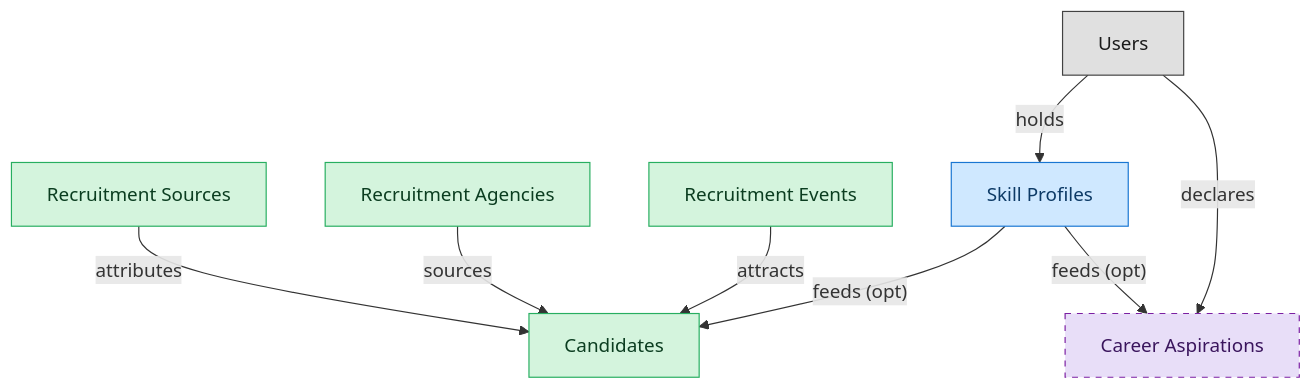
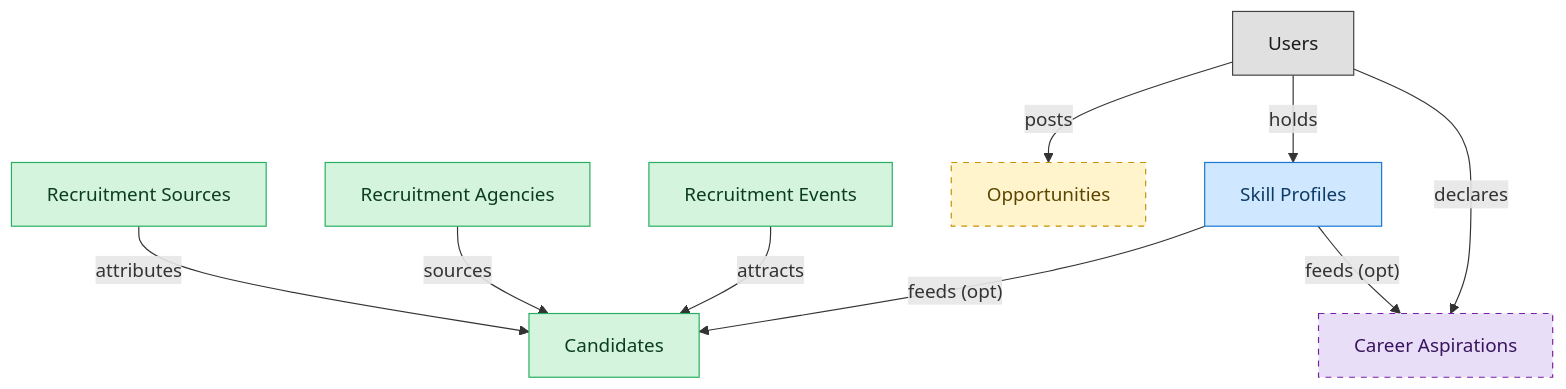
One commit to IntranetFactory/domain-map changed the diagram in blueprints/ats-candidate-crm-semantic-blueprint.md. Above: the diagram before and after it, drawn with Mermaid. The commit also changed other lines of this file and 17 other files, not shown here.

````diff
--- a/blueprints/ats-candidate-crm-semantic-blueprint.md
+++ b/blueprints/ats-candidate-crm-semantic-blueprint.md
@@ -31,29 +32,34 @@
 ```mermaid
 flowchart TD
   classDef master fill:#d4f4dd,stroke:#27ae60,color:#0b3d20;
+  classDef embedded_master fill:#fff4cc,stroke:#c79100,color:#5b4500;
   classDef contributor fill:#cfe8ff,stroke:#1976d2,color:#0d3a66;
   classDef consumer fill:#e8def8,stroke:#7b1fa2,color:#3a155d;
   classDef platform_builtin fill:#e0e0e0,stroke:#424242,color:#1a1a1a;
   candidates["Candidates"]
   recruitment_sources["Recruitment Sources"]
   recruitment_agencies["Recruitment Agencies"]
   recruitment_events["Recruitment Events"]
   skill_profiles["Skill Profiles"]
   career_aspirations["Career Aspirations"]
+  internal_opportunities["Opportunities"]
   users["Users"]
   skill_profiles -->|"feeds (opt)"| candidates
   skill_profiles -->|"feeds (opt)"| career_aspirations
   recruitment_sources -->|"attributes"| candidates
   recruitment_agencies -->|"sources"| candidates
   recruitment_events -->|"attracts"| candidates
+  users -->|"posts"| internal_opportunities
   users -->|"holds"| skill_profiles
   users -->|"declares"| career_aspirations
   class candidates master;
   class recruitment_sources master;
   class recruitment_agencies master;
   class recruitment_events master;
   class skill_profiles contributor;
   class career_aspirations consumer;
+  class internal_opportunities embedded_master;
   class users platform_builtin;
   style career_aspirations stroke-dasharray:5 5;
+  style internal_opportunities stroke-dasharray:5 5;
 ```
````
